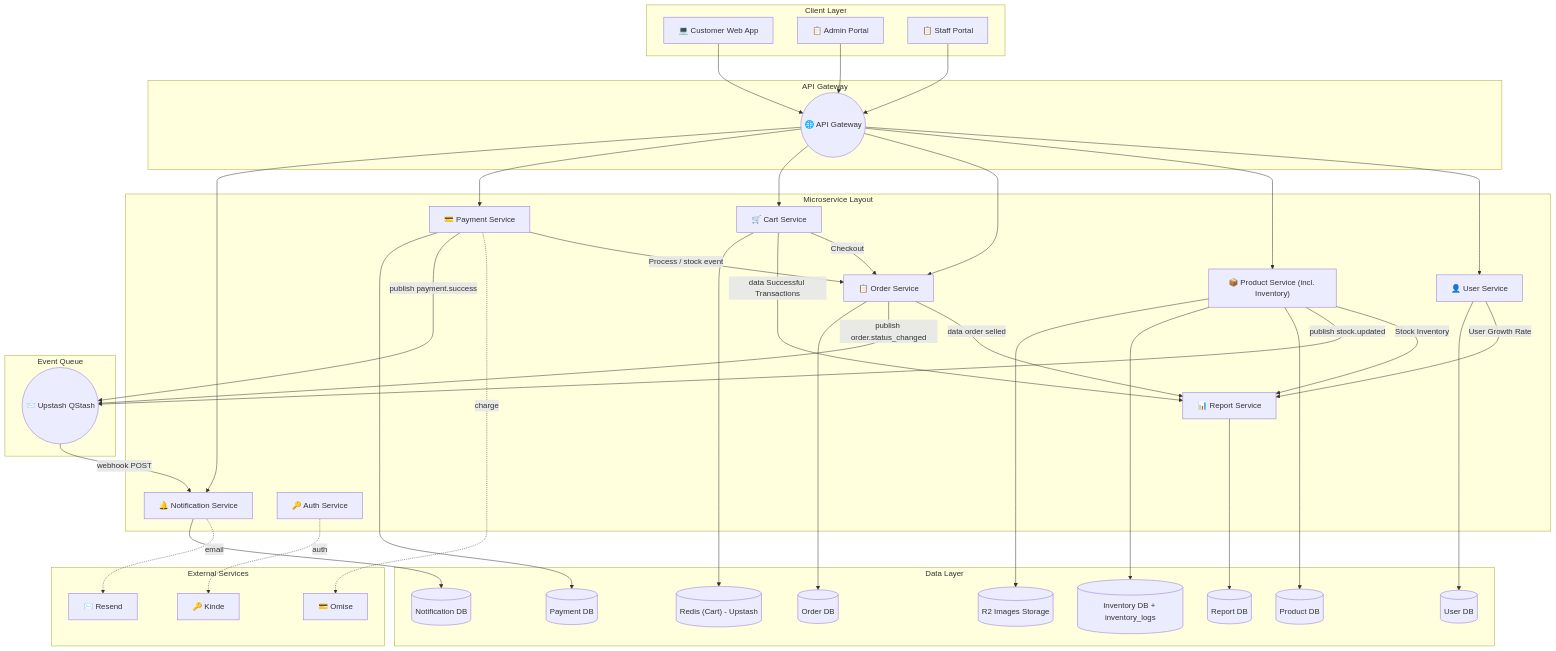
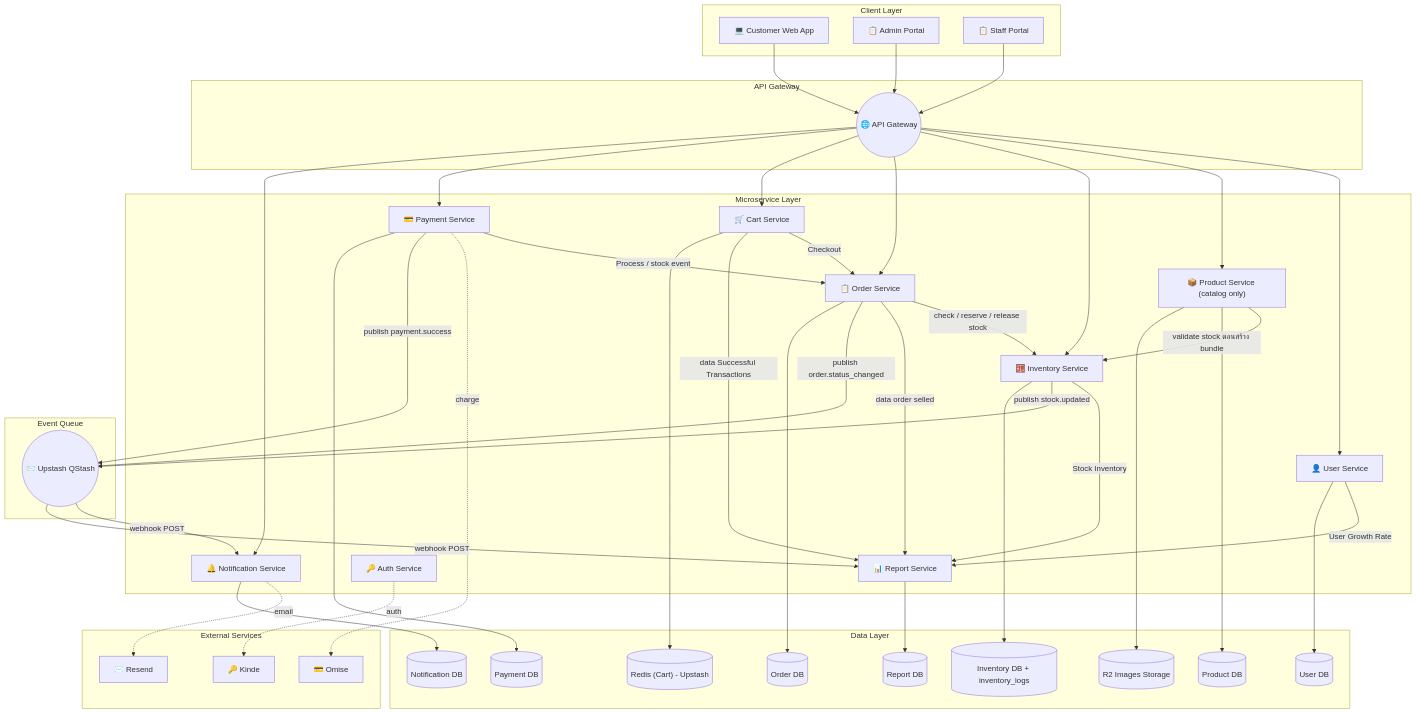
One commit to csi204/musicgear changed the sixth of 6 diagrams in README.md. Above: the diagram before and after it, drawn with Mermaid.

```diff
--- a/README.md
+++ b/README.md
@@ -888,9 +888,10 @@
         APIGW(("🌐 API Gateway"))
     end
  
-    subgraph Microservices["Microservice Layout"]
+    subgraph Microservices["Microservice Layer"]
         UserSvc["👤 User Service"]
-        ProductSvc["📦 Product Service (incl. Inventory)"]
+        ProductSvc["📦 Product Service (catalog only)"]
+        InventorySvc["🧮 Inventory Service"]
         OrderSvc["📋 Order Service"]
         CartSvc["🛒 Cart Service"]
         PaymentSvc["💳 Payment Service"]
@@ -906,13 +907,13 @@
     subgraph DataLayer["Data Layer"]
         UserDB[("User DB")]
         ProductDB[("Product DB")]
+        InventoryDB[("Inventory DB + inventory_logs")]
         OrderDB[("Order DB")]
         RedisCart[("Redis (Cart) - Upstash")]
         PaymentDB[("Payment DB")]
         NotifDB[("Notification DB")]
         ReportDB[("Report DB")]
         R2Storage[("R2 Images Storage")]
-        InventoryDB[("Inventory DB + inventory_logs")]
     end
  
     subgraph ExternalServices["External Services"]
@@ -927,29 +928,33 @@
  
     APIGW --> UserSvc
     APIGW --> ProductSvc
+    APIGW --> InventorySvc
     APIGW --> OrderSvc
     APIGW --> CartSvc
     APIGW --> PaymentSvc
     APIGW --> NotifSvc
  
     CartSvc -- "Checkout" --> OrderSvc
+    OrderSvc -- "check / reserve / release stock" --> InventorySvc
+    ProductSvc -- "validate stock ตอนสร้าง bundle" --> InventorySvc
     PaymentSvc -- "Process / stock event" --> OrderSvc
     OrderSvc -- "data order selled" --> ReportSvc
     CartSvc -- "data Successful Transactions" --> ReportSvc
-    ProductSvc -- "Stock Inventory" --> ReportSvc
+    InventorySvc -- "Stock Inventory" --> ReportSvc
     UserSvc -- "User Growth Rate" --> ReportSvc
     AuthSvc -. "auth" .-> Kinde
     PaymentSvc -. "charge" .-> Omise
     NotifSvc -. "email" .-> Resend
  
-    ProductSvc -- "publish stock.updated" --> QStash
+    InventorySvc -- "publish stock.updated" --> QStash
     OrderSvc -- "publish order.status_changed" --> QStash
     PaymentSvc -- "publish payment.success" --> QStash
     QStash -- "webhook POST" --> NotifSvc
+    QStash -- "webhook POST" --> ReportSvc
  
     UserSvc --> UserDB
     ProductSvc --> ProductDB
-    ProductSvc --> InventoryDB
+    InventorySvc --> InventoryDB
     OrderSvc --> OrderDB
     CartSvc --> RedisCart
     PaymentSvc --> PaymentDB
```
